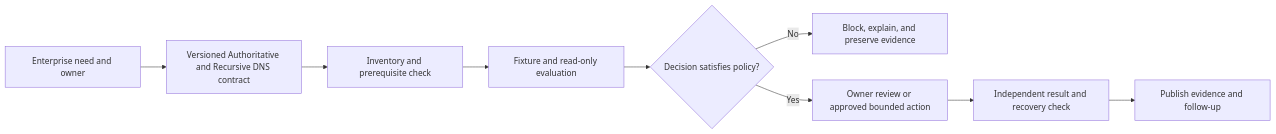
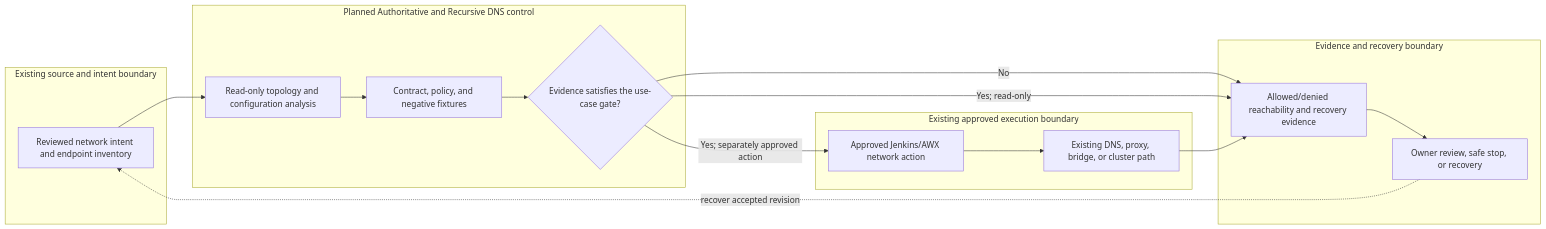
One commit to MIDHTECH/enterprise-architecture-docs changed the diagram in docs/use-cases/network/UC-NET-005-authoritative-and-recursive-dns.md. Above: the diagram before and after it, drawn with Mermaid. The commit also changed other lines of this file and 227 other files, not shown here.

Commit message:
Deepen architecture for all use case designs

````diff
--- a/docs/use-cases/network/UC-NET-005-authoritative-and-recursive-dns.md
+++ b/docs/use-cases/network/UC-NET-005-authoritative-and-recursive-dns.md
@@ -136,11 +129,25 @@
 ```mermaid
 flowchart LR
-    Need["Enterprise need and owner"] --> Contract["Versioned Authoritative and Recursive DNS contract"]
-    Contract --> Preflight["Inventory and prerequisite check"]
-    Preflight --> Evaluate["Fixture and read-only evaluation"]
-    Evaluate --> Decision{"Decision satisfies policy?"}
-    Decision -->|No| Stop["Block, explain, and preserve evidence"]
-    Decision -->|Yes| Review["Owner review or approved bounded action"]
-    Review --> Verify["Independent result and recovery check"]
-    Verify --> Publish["Publish evidence and follow-up"]
+    subgraph Source["Existing source and intent boundary"]
+        A["Reviewed network intent and endpoint inventory"]
+    end
+    subgraph Planned["Planned Authoritative and Recursive DNS control"]
+        B["Read-only topology and configuration analysis"]
+        C["Contract, policy, and negative fixtures"]
+        D{"Evidence satisfies the use-case gate?"}
+    end
+    subgraph Runtime["Existing approved execution boundary"]
+        E["Approved Jenkins/AWX network action"]
+        F["Existing DNS, proxy, bridge, or cluster path"]
+    end
+    subgraph Assurance["Evidence and recovery boundary"]
+        G["Allowed/denied reachability and recovery evidence"]
+        H["Owner review, safe stop, or recovery"]
+    end
+
+    A --> B --> C --> D
+    D -->|No| G --> H
+    D -->|Yes; read-only| G
+    D -->|Yes; separately approved action| E --> F --> G
+    H -. recover accepted revision .-> A
 ```
````
